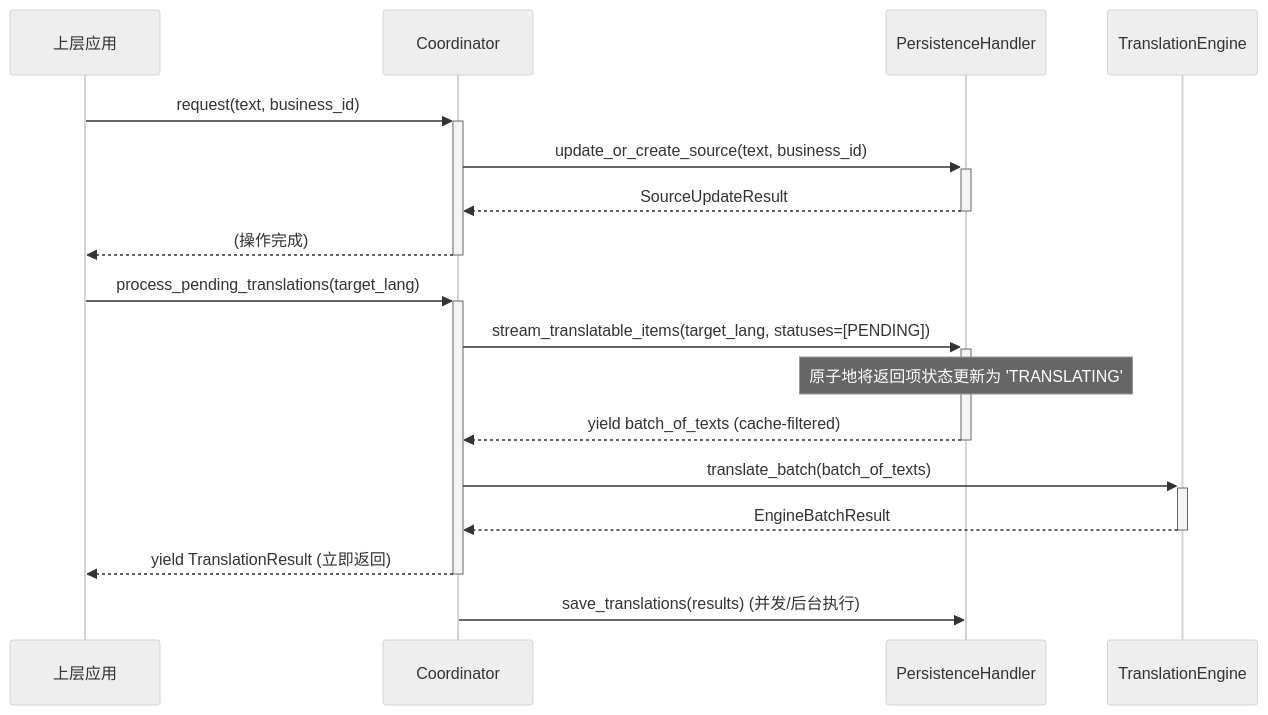
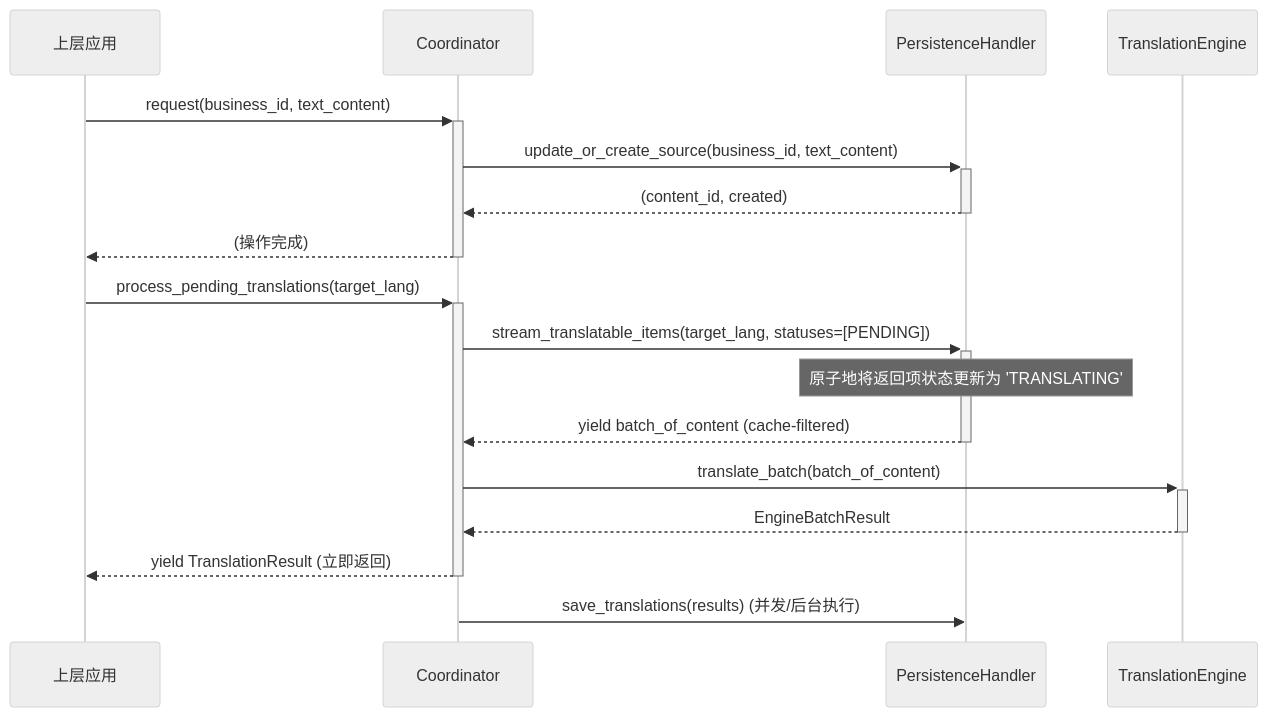
Before and after one commit to SakenW/Trans-Hub: the second of 2 diagrams in docs/trans-hub-core-design.md, drawn with Mermaid (neutral theme). The commit also changed other lines of this file and 2 other files, not shown here.

````diff
--- a/docs/trans-hub-core-design.md
+++ b/docs/trans-hub-core-design.md
@@ -234,21 +202,21 @@
 ```mermaid
 sequenceDiagram
     participant App as 上层应用
     participant Coord as Coordinator
     participant Handler as PersistenceHandler
     participant Engine as TranslationEngine
 
-    App->>+Coord: request(text, business_id)
-    Coord->>+Handler: update_or_create_source(text, business_id)
-    Handler-->>-Coord: SourceUpdateResult
+    App->>+Coord: request(business_id, text_content)
+    Coord->>+Handler: update_or_create_source(business_id, text_content)
+    Handler-->>-Coord: (content_id, created)
     Coord-->>-App: (操作完成)
 
     App->>+Coord: process_pending_translations(target_lang)
     Coord->>+Handler: stream_translatable_items(target_lang, statuses=[PENDING])
     Note over Handler: 原子地将返回项状态更新为 'TRANSLATING'
-    Handler-->>-Coord: yield batch_of_texts (cache-filtered)
-    Coord->>+Engine: translate_batch(batch_of_texts)
+    Handler-->>-Coord: yield batch_of_content (cache-filtered)
+    Coord->>+Engine: translate_batch(batch_of_content)
     Engine-->>-Coord: EngineBatchResult
     Coord-->>-App: yield TranslationResult (立即返回)
     Coord->>Handler: save_translations(results) (并发/后台执行)
 ```
````
